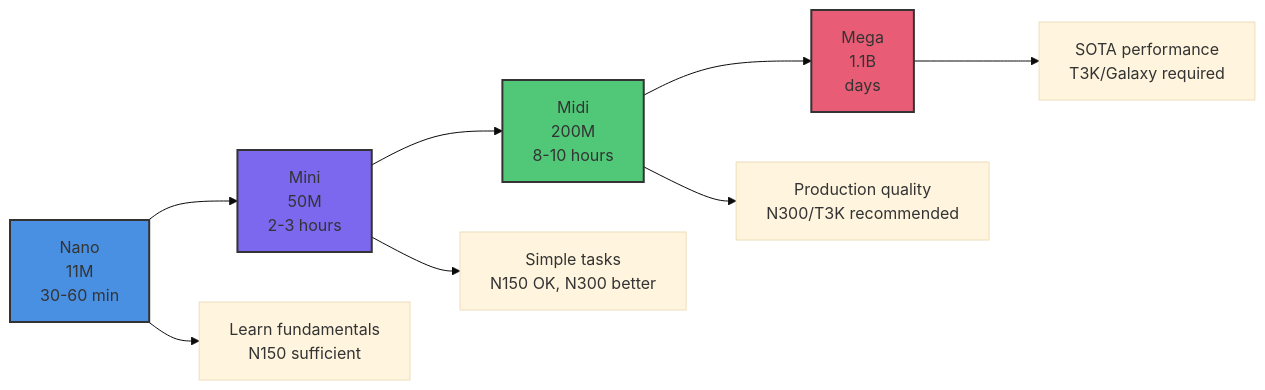
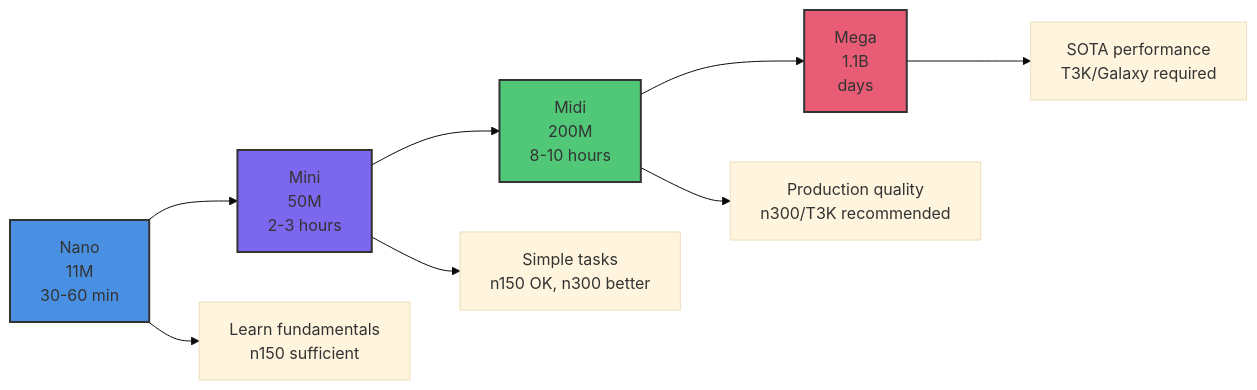
One commit to tenstorrent/tt-vscode-toolkit changed the tenth of 10 diagrams in content/lessons/ct8-training-from-scratch.md. Above: the diagram before and after it, drawn with Mermaid (base theme). The commit also changed other lines of this file and 99 other files, not shown here.

````diff
--- a/content/lessons/ct8-training-from-scratch.md
+++ b/content/lessons/ct8-training-from-scratch.md
@@ -839,16 +839,16 @@
 ```mermaid
 graph LR
     A[Nano<br/>11M<br/>30-60 min] --> B[Mini<br/>50M<br/>2-3 hours]
     B --> C[Midi<br/>200M<br/>8-10 hours]
     C --> D[Mega<br/>1.1B<br/>days]
 
-    A --> E[Learn fundamentals<br/>N150 sufficient]
-    B --> F[Simple tasks<br/>N150 OK, N300 better]
-    C --> G[Production quality<br/>N300/T3K recommended]
+    A --> E[Learn fundamentals<br/>n150 sufficient]
+    B --> F[Simple tasks<br/>n150 OK, n300 better]
+    C --> G[Production quality<br/>n300/T3K recommended]
     D --> H[SOTA performance<br/>T3K/Galaxy required]
 
     style A fill:#4A90E2,stroke:#333,stroke-width:2px
     style B fill:#7B68EE,stroke:#333,stroke-width:2px
     style C fill:#50C878,stroke:#333,stroke-width:2px
     style D fill:#E85D75,stroke:#333,stroke-width:2px
 ```
````
